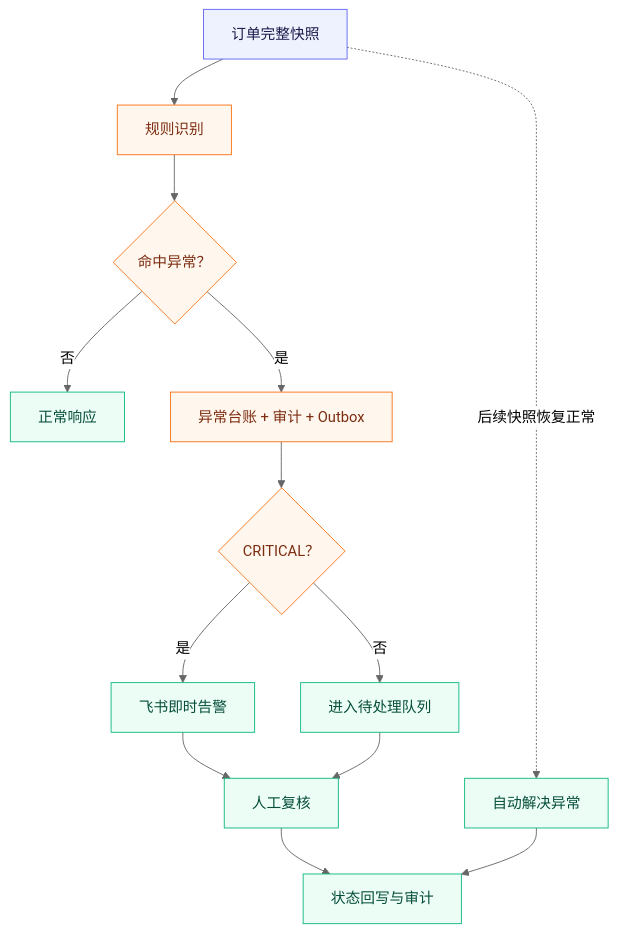
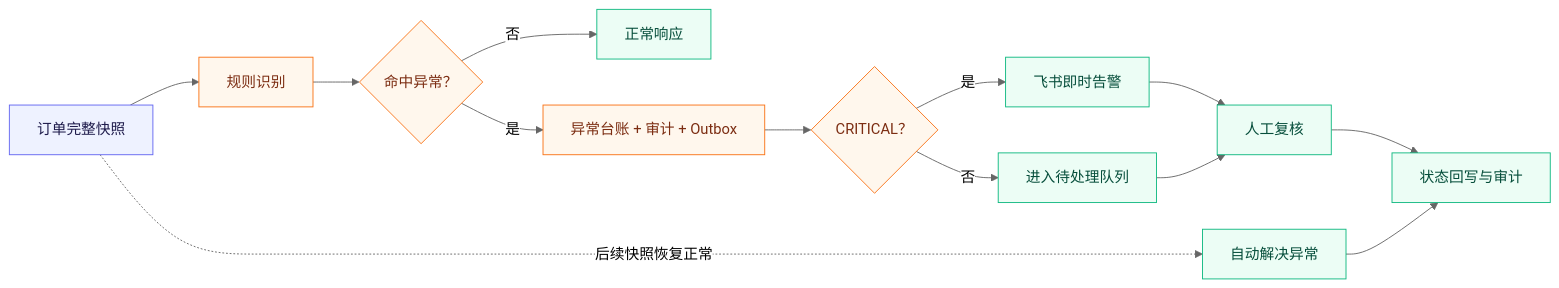
The diagram in README.md (718232157/ecommerce-order-exception-automation), drawn with Mermaid (neutral theme) before and after one commit.

Commit message:
docs: put the workflow in the first screen

````diff
--- a/README.md
+++ b/README.md
@@ -24,22 +13,22 @@
 ```mermaid
-flowchart TD
+flowchart LR
     A["订单完整快照"] --> B["规则识别"]
     B --> C{"命中异常？"}
     C -- "否" --> D["正常响应"]
     C -- "是" --> E["异常台账 + 审计 + Outbox"]
     E --> F{"CRITICAL？"}
     F -- "是" --> G["飞书即时告警"]
     F -- "否" --> H["进入待处理队列"]
     G --> I["人工复核"]
     H --> I
     I --> J["状态回写与审计"]
     A -. "后续快照恢复正常" .-> K["自动解决异常"]
     K --> J
 
     classDef input fill:#eef2ff,stroke:#6366f1,color:#1e1b4b;
     classDef core fill:#fff7ed,stroke:#f97316,color:#7c2d12;
     classDef action fill:#ecfdf5,stroke:#10b981,color:#064e3b;
     class A input;
     class B,C,E,F core;
     class D,G,H,I,J,K action;
 ```
````
